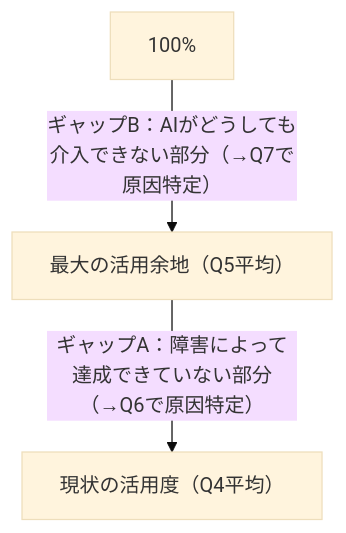
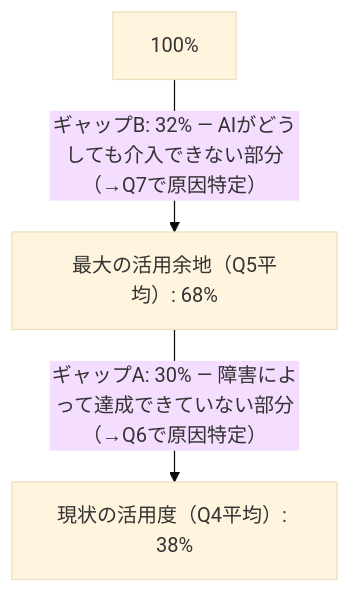
Before and after one commit to ot-nemoto/driving-ai-adoption: the third of 10 diagrams in docs/analysis-plan.md, drawn with Mermaid (base theme). The commit also changed other lines of this file, not shown here.

````diff
--- a/docs/analysis-plan.md
+++ b/docs/analysis-plan.md
@@ -23,8 +48,8 @@
 ```mermaid
 flowchart TD
     C["100%"]
-    B["最大の活用余地（Q5平均）"]
-    A["現状の活用度（Q4平均）"]
-    C -->|"ギャップB：AIがどうしても介入できない部分（→Q7で原因特定）"| B
-    B -->|"ギャップA：障害によって達成できていない部分（→Q6で原因特定）"| A
+    B["最大の活用余地（Q5平均）: 68%"]
+    A["現状の活用度（Q4平均）: 38%"]
+    C -->|"ギャップB: 32% — AIがどうしても介入できない部分（→Q7で原因特定）"| B
+    B -->|"ギャップA: 30% — 障害によって達成できていない部分（→Q6で原因特定）"| A
 ```
````
